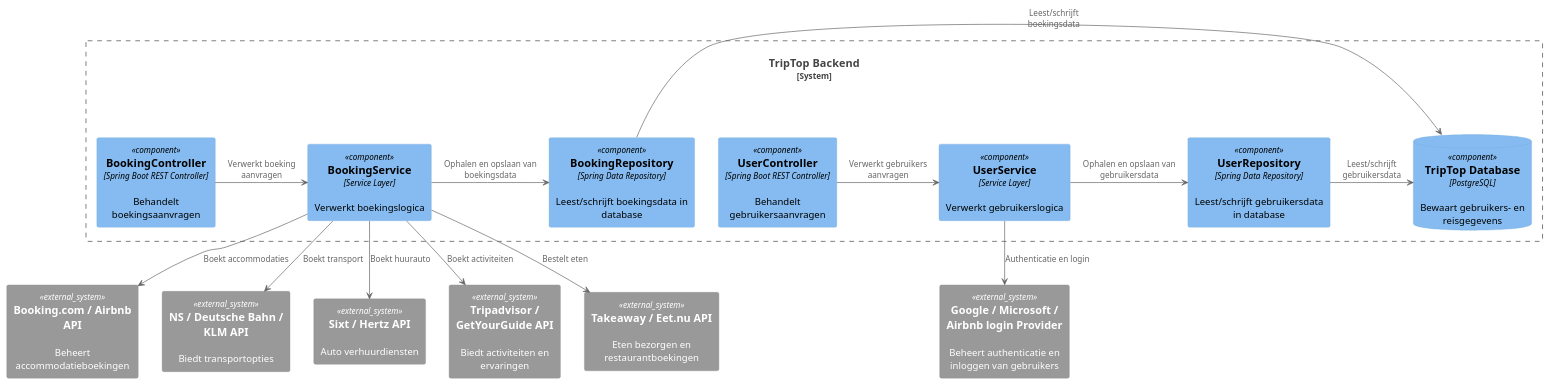
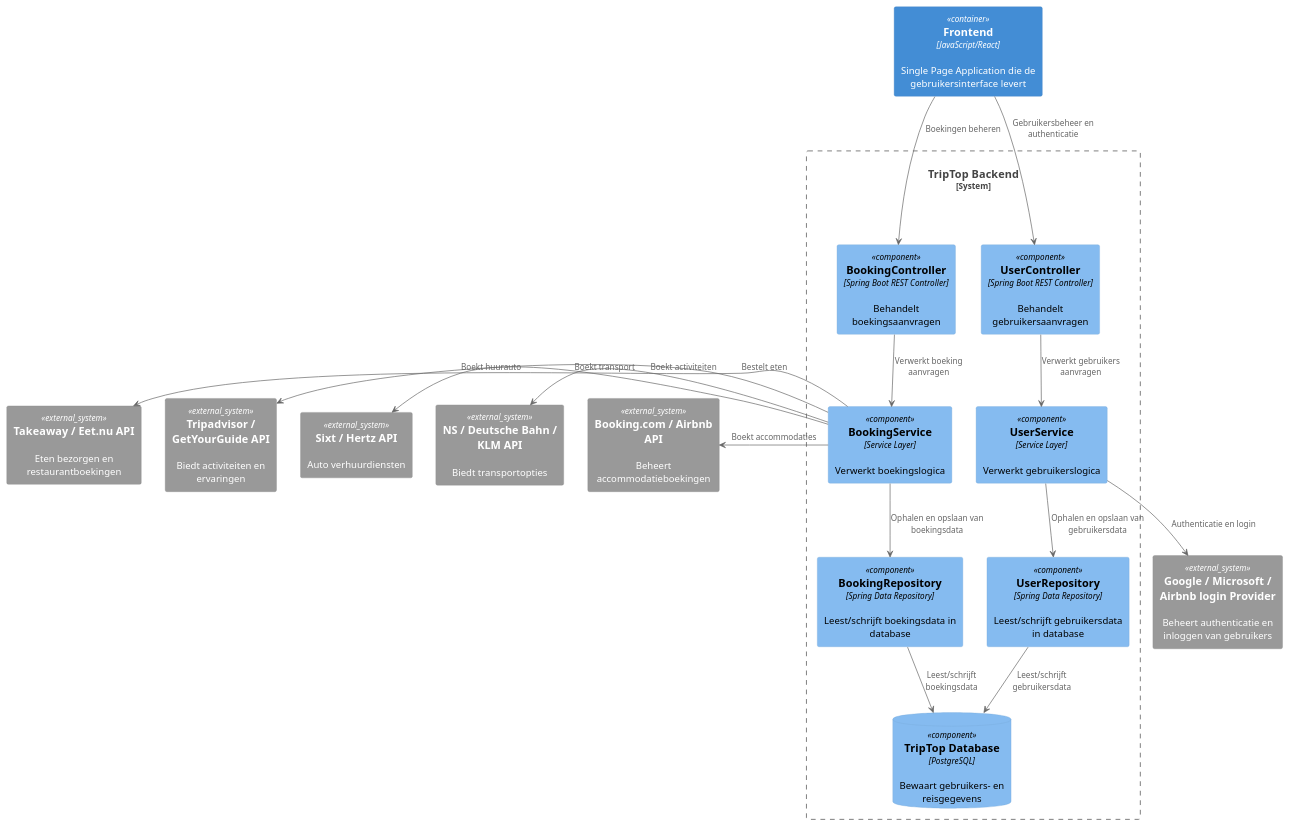
The diagram in opdracht-diagrammen/C4 Component/Component diagram - Cas.puml (AIM-ENE-feb25/triptop-groep-3), drawn with PlantUML before and after one commit.

Commit message:
Updated: C4 Component diagram

```diff
--- a/opdracht-diagrammen/C4 Component/Component diagram - Cas.puml
+++ b/opdracht-diagrammen/C4 Component/Component diagram - Cas.puml
@@ -1,40 +1,45 @@
 @startuml C4_Components
 !include https://raw.githubusercontent.com/plantuml-stdlib/C4-PlantUML/master/C4_Component.puml
+
+Container(Frontend, "Frontend", "JavaScript/React", "Single Page Application die de gebruikersinterface levert")
+
+
 
 ' Definieer Backend Componenten
 System_Boundary(Backend, "TripTop Backend") {
     Component(BookingController, "BookingController", "Spring Boot REST Controller", "Behandelt boekingsaanvragen")
     Component(BookingService, "BookingService", "Service Layer", "Verwerkt boekingslogica")
     Component(BookingRepository, "BookingRepository", "Spring Data Repository", "Leest/schrijft boekingsdata in database")
 
     Component(UserController, "UserController", "Spring Boot REST Controller", "Behandelt gebruikersaanvragen")
     Component(UserService, "UserService", "Service Layer", "Verwerkt gebruikerslogica")
     Component(UserRepository, "UserRepository", "Spring Data Repository", "Leest/schrijft gebruikersdata in database")
 
     ComponentDb(Database, "TripTop Database", "PostgreSQL", "Bewaart gebruikers- en reisgegevens")
 }
 
-' Definieer Externe Systemen
 System_Ext(BookingAPI, "Booking.com / Airbnb API", "Beheert accommodatieboekingen")
 System_Ext(TransportAPI, "NS / Deutsche Bahn / KLM API", "Biedt transportopties")
 System_Ext(CarRentAPI, "Sixt / Hertz API", "Auto verhuurdiensten")
 System_Ext(ActivitiesAPI, "Tripadvisor / GetYourGuide API", "Biedt activiteiten en ervaringen")
 System_Ext(FoodAPI, "Takeaway / Eet.nu API", "Eten bezorgen en restaurantboekingen")
 System_Ext(IdProviderAPI, "Google / Microsoft / Airbnb login Provider", "Beheert authenticatie en inloggen van gebruikers")
 
 ' Relaties
-BookingController -> BookingService : "Verwerkt boeking aanvragen"
-BookingService -> BookingRepository : "Ophalen en opslaan van boekingsdata"
-BookingRepository -> Database : "Leest/schrijft boekingsdata"
-BookingService -down-> BookingAPI : "Boekt accommodaties"
-BookingService -down-> TransportAPI : "Boekt transport"
-BookingService -down-> CarRentAPI : "Boekt huurauto"
-BookingService -down-> ActivitiesAPI : "Boekt activiteiten"
-BookingService -down-> FoodAPI : "Bestelt eten"
+BookingController -down-> BookingService : "Verwerkt boeking aanvragen"
+BookingService -down-> BookingRepository : "Ophalen en opslaan van boekingsdata"
+BookingRepository -down-> Database : "Leest/schrijft boekingsdata"
+BookingService -left-> BookingAPI : "Boekt accommodaties"
+BookingService -left-> TransportAPI : "Boekt transport"
+BookingService -left-> CarRentAPI : "Boekt huurauto"
+BookingService -left-> ActivitiesAPI : "Boekt activiteiten"
+BookingService -left-> FoodAPI : "Bestelt eten"
+Frontend -down-> BookingController : "Boekingen beheren"
+Frontend -down-> UserController : "Gebruikersbeheer en authenticatie"
 
-UserController -> UserService : "Verwerkt gebruikers aanvragen"
-UserService -> UserRepository : "Ophalen en opslaan van gebruikersdata"
-UserRepository -> Database : "Leest/schrijft gebruikersdata"
+UserController -down-> UserService : "Verwerkt gebruikers aanvragen"
+UserService -down-> UserRepository : "Ophalen en opslaan van gebruikersdata"
+UserRepository -down-> Database : "Leest/schrijft gebruikersdata"
 UserService -down-> IdProviderAPI : "Authenticatie en login"
 
 @enduml
```
